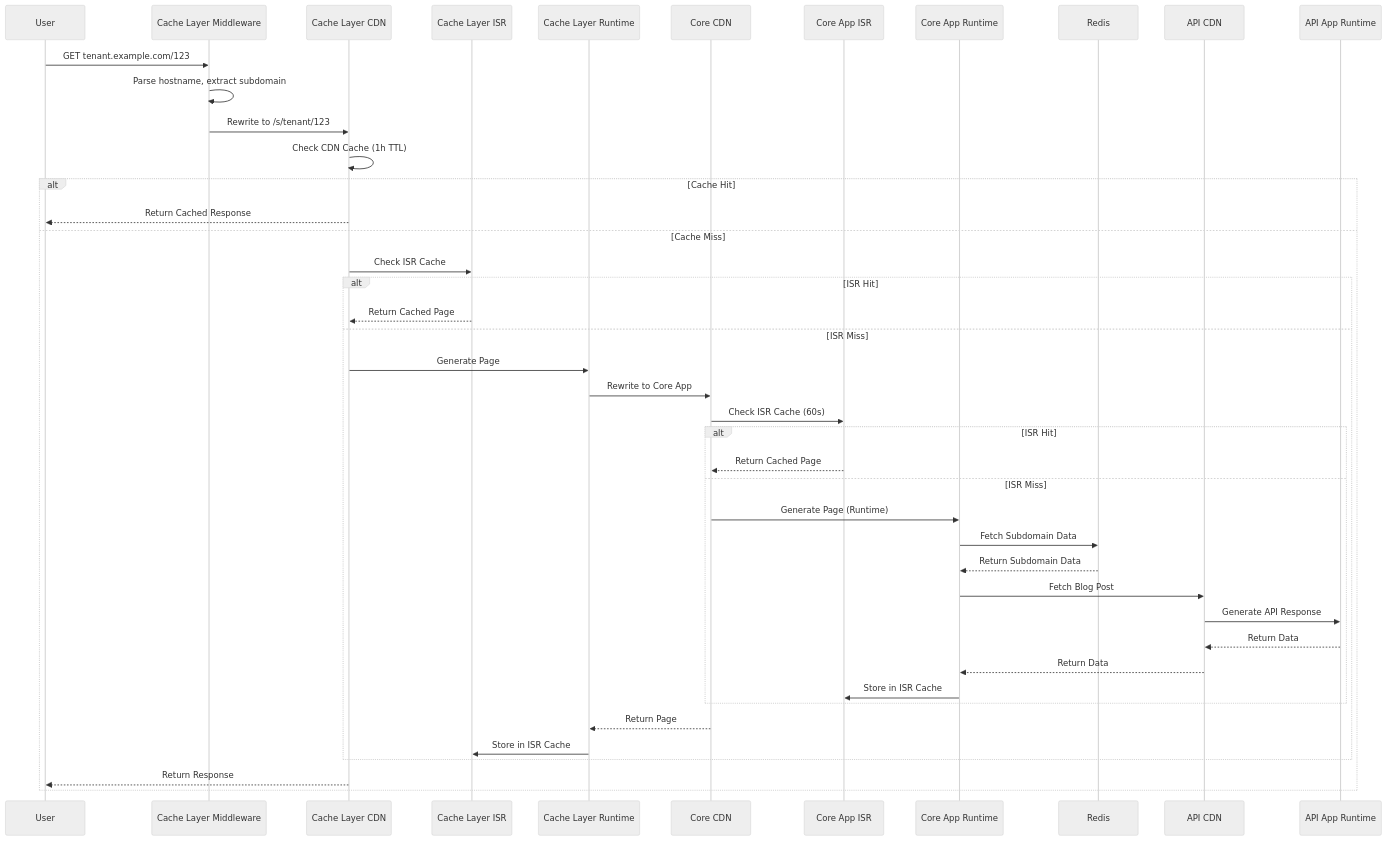
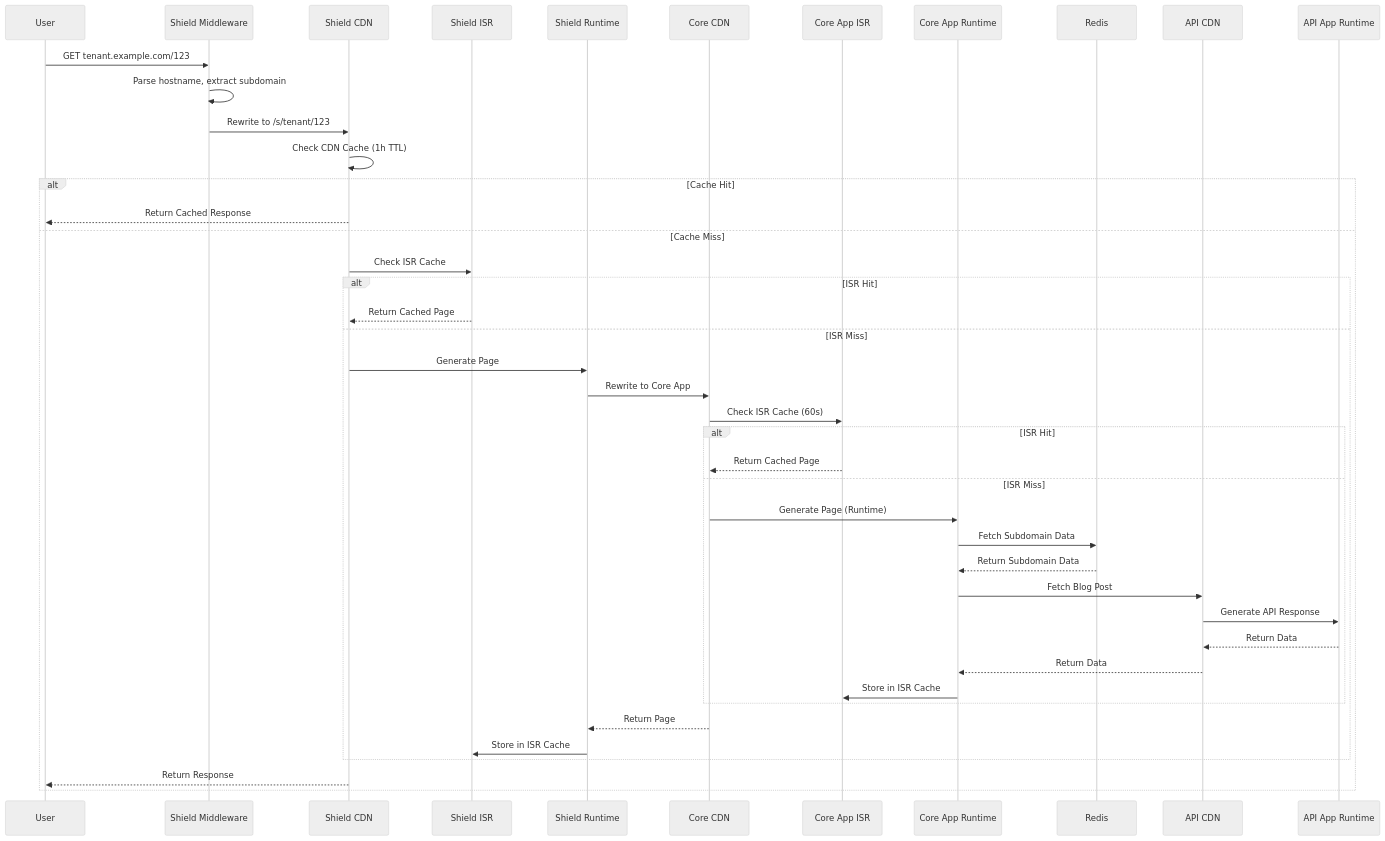
The fourth of 4 diagrams in docs/ARCHITECTURE.md (vercel-labs/isr-platform-shield), drawn with Mermaid (neutral theme) before and after one commit. The commit also changed other lines of this file and 17 other files, not shown here.

Commit message:
cache-layer -> shield

````diff
--- a/docs/ARCHITECTURE.md
+++ b/docs/ARCHITECTURE.md
@@ -126,46 +126,46 @@
 ```mermaid
 sequenceDiagram
     participant U as User
-    participant VCL_MW as Cache Layer Middleware
-    participant VCL as Cache Layer CDN
-    participant VCL_ISR as Cache Layer ISR
-    participant VCL_RT as Cache Layer Runtime
+    participant VCL_MW as Shield Middleware
+    participant VCL as Shield CDN
+    participant VCL_ISR as Shield ISR
+    participant VCL_RT as Shield Runtime
     participant VCA as Core CDN
     participant VCA_ISR as Core App ISR
     participant VCA_RT as Core App Runtime
     participant R as Redis
     participant VAPI as API CDN
     participant VAPI_RT as API App Runtime
 
     U->>VCL_MW: GET tenant.example.com/123
     VCL_MW->>VCL_MW: Parse hostname, extract subdomain
     VCL_MW->>VCL: Rewrite to /s/tenant/123
     VCL->>VCL: Check CDN Cache (1h TTL)
     alt Cache Hit
         VCL-->>U: Return Cached Response
     else Cache Miss
         VCL->>VCL_ISR: Check ISR Cache
         alt ISR Hit
             VCL_ISR-->>VCL: Return Cached Page
         else ISR Miss
             VCL->>VCL_RT: Generate Page
             VCL_RT->>VCA: Rewrite to Core App
             VCA->>VCA_ISR: Check ISR Cache (60s)
             alt ISR Hit
                 VCA_ISR-->>VCA: Return Cached Page
             else ISR Miss
                 VCA->>VCA_RT: Generate Page (Runtime)
                 VCA_RT->>R: Fetch Subdomain Data
                 R-->>VCA_RT: Return Subdomain Data
                 VCA_RT->>VAPI: Fetch Blog Post
                 VAPI->>VAPI_RT: Generate API Response
                 VAPI_RT-->>VAPI: Return Data
                 VAPI-->>VCA_RT: Return Data
                 VCA_RT->>VCA_ISR: Store in ISR Cache
             end
             VCA-->>VCL_RT: Return Page
             VCL_RT->>VCL_ISR: Store in ISR Cache
         end
         VCL-->>U: Return Response
     end
 ```
````
